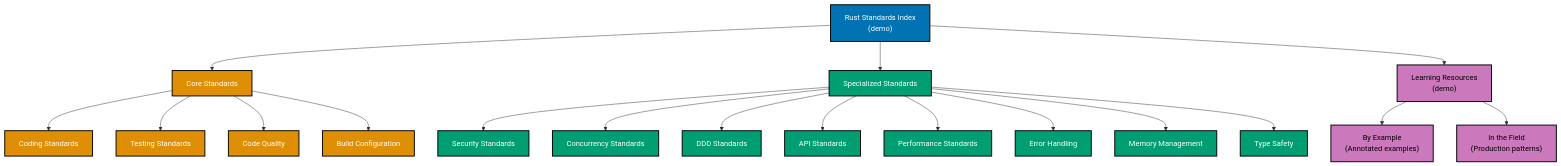
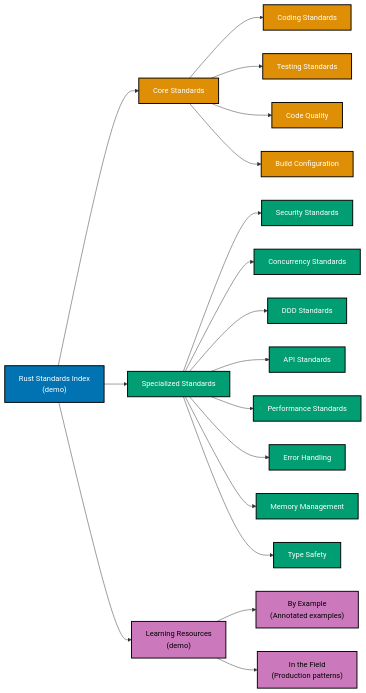
One commit to wahidyankf/ose-primer changed the diagram in docs/explanation/software-engineering/programming-languages/rust/README.md. Above: the diagram before and after it, drawn with Mermaid. The commit also changed 14 other files, not shown here.

Commit message:
fix(docs): fix mermaid violations in remaining docs (batch 10/10)

````diff
--- a/docs/explanation/software-engineering/programming-languages/rust/README.md
+++ b/docs/explanation/software-engineering/programming-languages/rust/README.md
@@ -180,36 +180,36 @@
 ```mermaid
 %% Color Palette: Blue #0173B2, Orange #DE8F05, Teal #029E73, Purple #CC78BC
 %% All colors are color-blind friendly and meet WCAG AA contrast standards
 
-graph TD
+graph LR
     A["Rust Standards Index<br/>(demo)"]:::blue
     B["Core Standards"]:::orange
     C["Specialized Standards"]:::teal
     D["Learning Resources<br/>(demo)"]:::purple
 
     A --> B
     A --> C
     A --> D
 
     B --> E["Coding Standards"]:::orange
     B --> F["Testing Standards"]:::orange
     B --> G["Code Quality"]:::orange
     B --> H["Build Configuration"]:::orange
 
     C --> I["Security Standards"]:::teal
     C --> J["Concurrency Standards"]:::teal
     C --> K["DDD Standards"]:::teal
     C --> L["API Standards"]:::teal
     C --> M["Performance Standards"]:::teal
     C --> N["Error Handling"]:::teal
     C --> O["Memory Management"]:::teal
     C --> P["Type Safety"]:::teal
 
     D --> Q["By Example<br/>(Annotated examples)"]:::purple
     D --> R["In the Field<br/>(Production patterns)"]:::purple
 
     classDef blue fill:#0173B2,stroke:#000000,color:#FFFFFF,stroke-width:2px
     classDef orange fill:#DE8F05,stroke:#000000,color:#FFFFFF,stroke-width:2px
     classDef teal fill:#029E73,stroke:#000000,color:#FFFFFF,stroke-width:2px
     classDef purple fill:#CC78BC,stroke:#000000,color:#000000,stroke-width:2px
 ```
````
